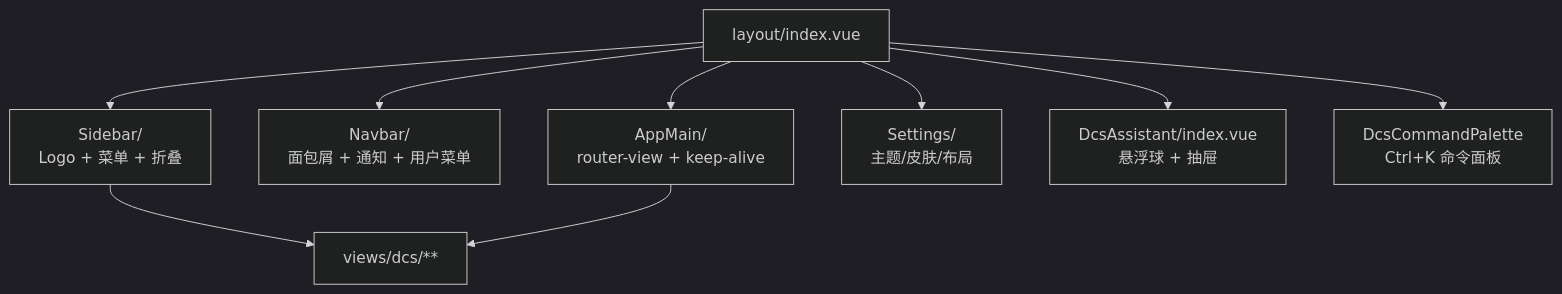
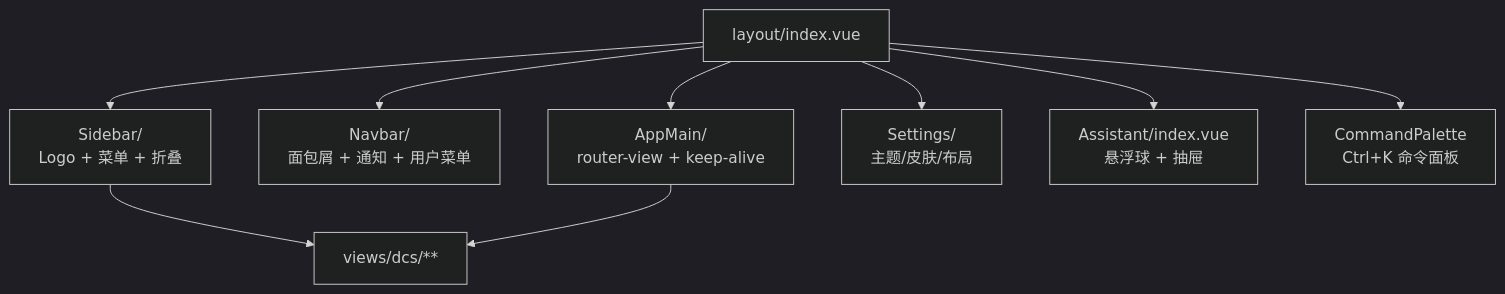
Before and after one commit to ck-ys/SmartDock: the ninth of 9 diagrams in docs/frontend-architecture.md, drawn with Mermaid (dark theme). The commit also changed other lines of this file and 1358 other files, not shown here.

````diff
--- a/docs/frontend-architecture.md
+++ b/docs/frontend-architecture.md
@@ -691,12 +691,12 @@
 ```mermaid
 flowchart TB
   L["layout/index.vue"]
   L --> SB["Sidebar/<br/>Logo + 菜单 + 折叠"]
   L --> NB["Navbar/<br/>面包屑 + 通知 + 用户菜单"]
   L --> AM["AppMain/<br/>router-view + keep-alive"]
   L --> ST["Settings/<br/>主题/皮肤/布局"]
-  L --> DA["DcsAssistant/index.vue<br/>悬浮球 + 抽屉"]
-  L --> CP["DcsCommandPalette<br/>Ctrl+K 命令面板"]
+  L --> DA["Assistant/index.vue<br/>悬浮球 + 抽屉"]
+  L --> CP["CommandPalette<br/>Ctrl+K 命令面板"]
   SB --> DCS["views/dcs/**"]
   AM --> DCS
 ```
````
